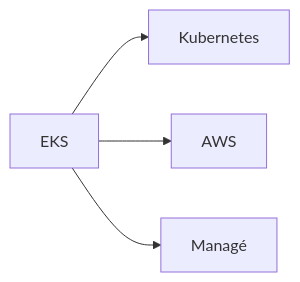
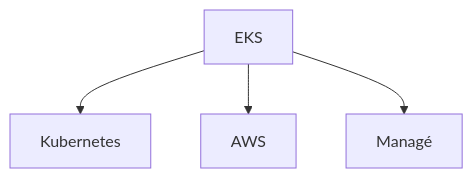
The tenth of 31 diagrams in docs/glossaire/cloud-computing.md (zyrass/omnydocs), drawn with Mermaid before and after one commit. The commit also changed other lines of this file and 1780 other files, not shown here.

````diff
--- a/docs/glossaire/cloud-computing.md
+++ b/docs/glossaire/cloud-computing.md
@@ -203,6 +245,6 @@
-    ```mermaid
-    graph LR
-        A[EKS] --> B[Kubernetes]
-        A --> C[AWS]
-        A --> D[Managé]
-    ```
+```mermaid
+graph TB
+    A[EKS] --> B[Kubernetes]
+    A --> C[AWS]
+    A --> D[Managé]
+```
````
